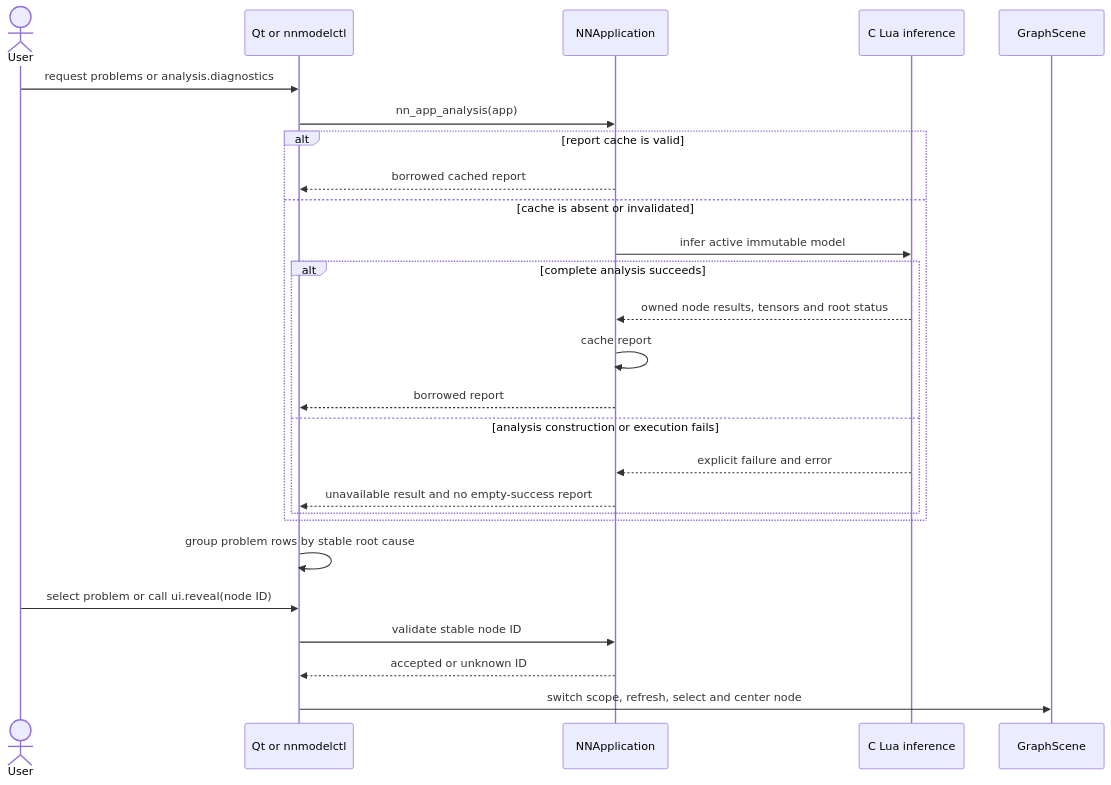
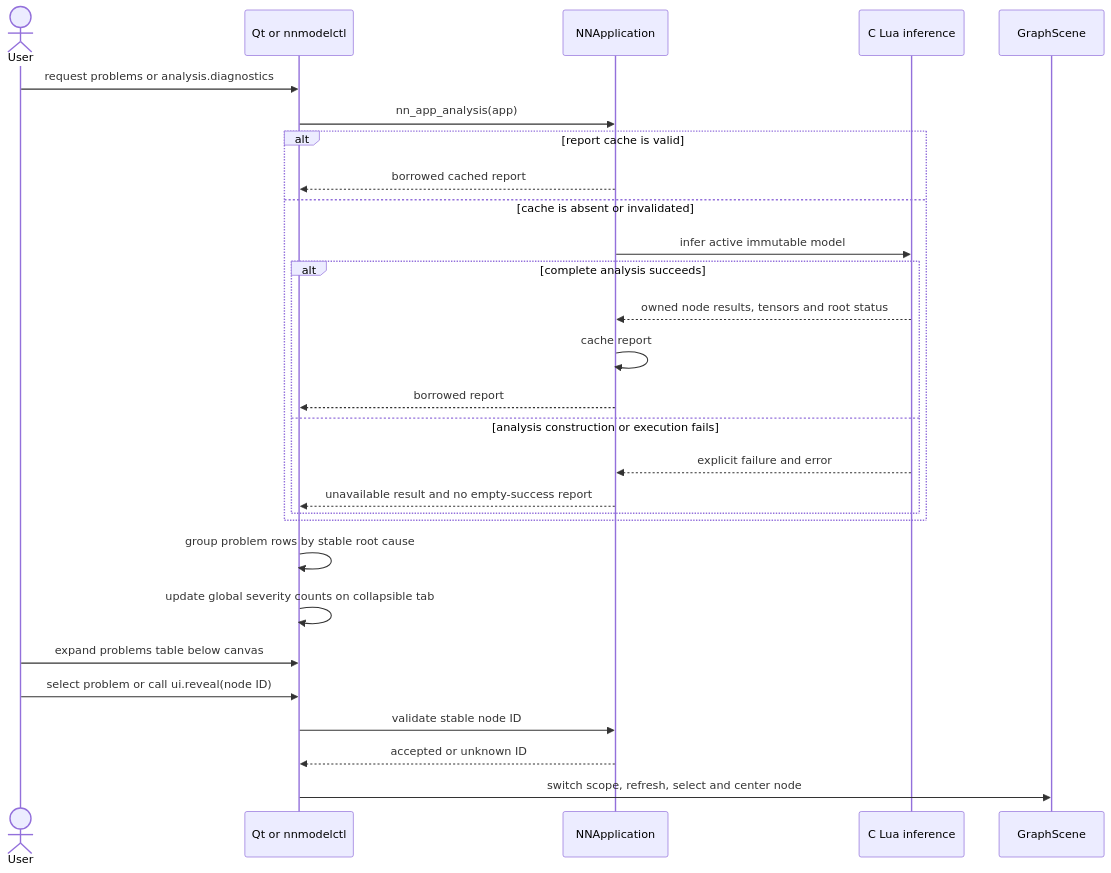
One commit to LucaSforza/nnmodelling-ui changed the first of 4 diagrams in docs/knowledge/uml/sequences/analysis-navigation.md. Above: the diagram before and after it, drawn with Mermaid. The commit also changed 8 other files, not shown here.

````diff
--- a/docs/knowledge/uml/sequences/analysis-navigation.md
+++ b/docs/knowledge/uml/sequences/analysis-navigation.md
@@ -12,28 +12,30 @@
 ```mermaid
   sequenceDiagram
     actor User
     participant Entry as Qt or nnmodelctl
     participant App as NNApplication
     participant Analysis as C Lua inference
     participant Scene as GraphScene
     User->>Entry: request problems or analysis.diagnostics
     Entry->>App: nn_app_analysis(app)
     alt report cache is valid
       App-->>Entry: borrowed cached report
     else cache is absent or invalidated
       App->>Analysis: infer active immutable model
       alt complete analysis succeeds
         Analysis-->>App: owned node results, tensors and root status
         App->>App: cache report
         App-->>Entry: borrowed report
       else analysis construction or execution fails
         Analysis-->>App: explicit failure and error
         App-->>Entry: unavailable result and no empty-success report
       end
     end
     Entry->>Entry: group problem rows by stable root cause
+    Entry->>Entry: update global severity counts on collapsible tab
+    User->>Entry: expand problems table below canvas
     User->>Entry: select problem or call ui.reveal(node ID)
     Entry->>App: validate stable node ID
     App-->>Entry: accepted or unknown ID
     Entry->>Scene: switch scope, refresh, select and center node
 ```
````
